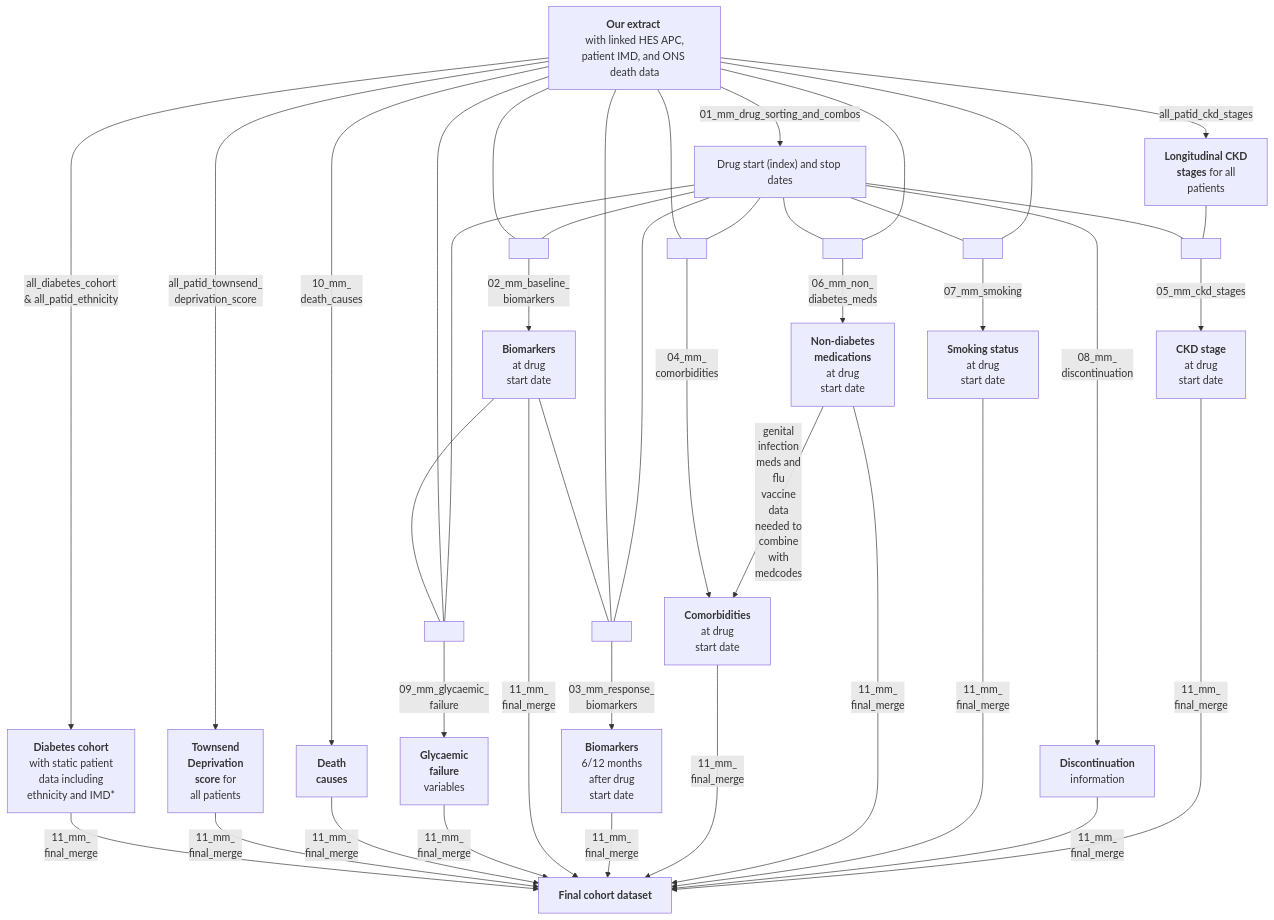
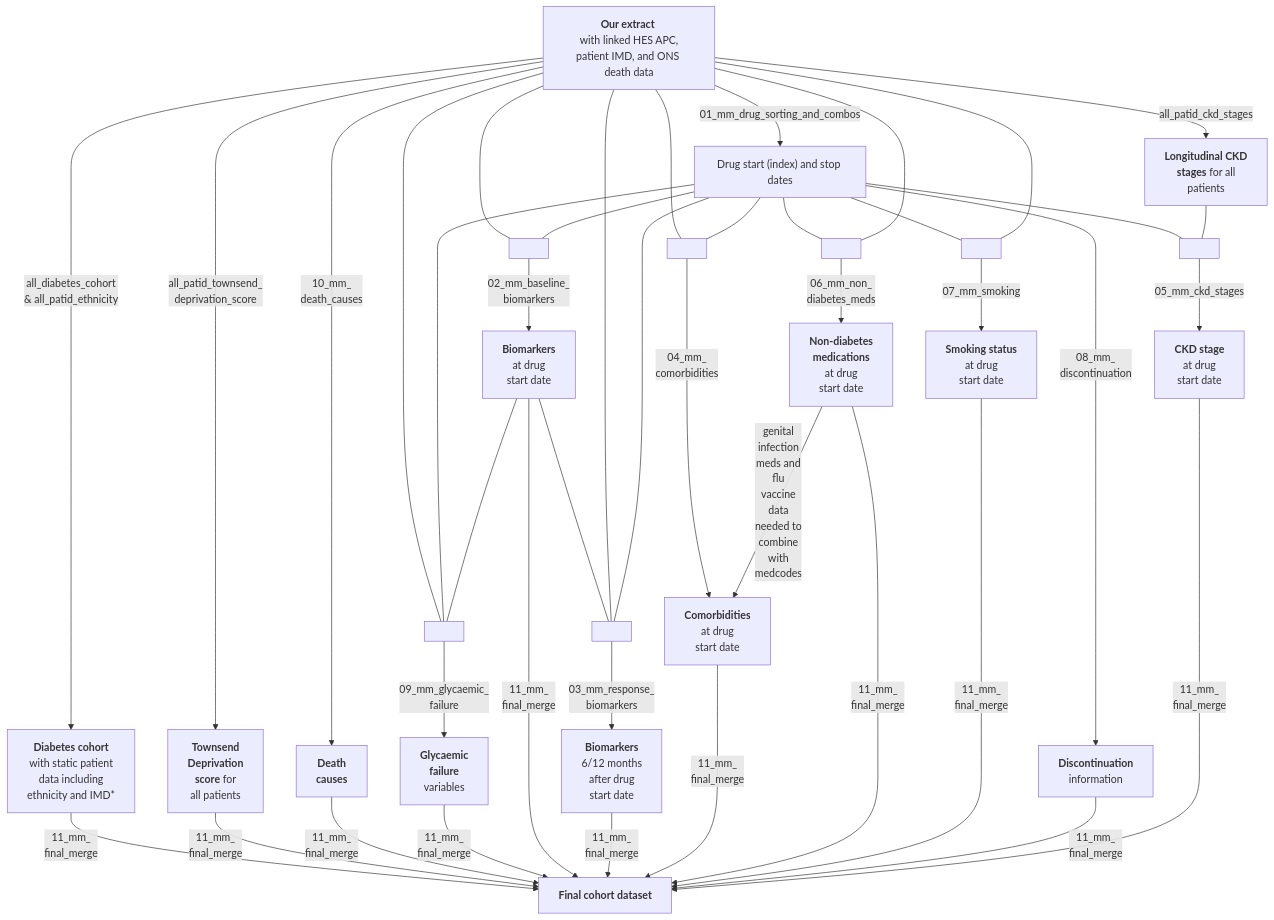
The diagram in 03-Treatment-response-(MASTERMIND)/README.md (Exeter-Diabetes/CPRD-Cohort-scripts), drawn with Mermaid before and after one commit.

````diff
--- a/03-Treatment-response-(MASTERMIND)/README.md
+++ b/03-Treatment-response-(MASTERMIND)/README.md
@@ -13,55 +13,55 @@
 ```mermaid
 graph TD;
     A["<b>Our extract</b> <br> with linked HES APC, patient IMD, and ONS death data"] --> |"all_diabetes_cohort <br> & all_patid_ethnicity"|B["<b>Diabetes cohort<br></b> with static patient <br>data including <br>ethnicity and IMD*"]
     A-->|"all_patid_townsend_<br>deprivation_score"|N["<b>Townsend<br> Deprivation<br>score</b> for<br> all patients"]
     A-->|"10_mm_<br>death_causes"|O["<b>Death<br>causes</b>"]
     A-->|"01_mm_drug_sorting_and_combos"|H["Drug start (index) and stop dates"]
 
-    E---P[ ]:::empty
-    A---P
+    A---P[ ]:::empty
     H---P
+    E---P
     P-->|"09_mm_glycaemic_<br>failure"|Q["<b>Glycaemic<br>failure</b><br>variables"]
 
     A---Y[ ]:::empty
     H---Y
     Y-->|"02_mm_baseline_<br>biomarkers"|E["<b>Biomarkers</b> <br> at drug <br> start date"]
 
     E---T[ ]:::empty
     A---T
     H---T
     T-->|"03_mm_response_<br>biomarkers"|L["<b>Biomarkers</b> <br> 6/12 months <br> after drug <br>start date"]
     
     A---W[ ]:::empty
     H---W
     W-->|"04_mm_<br>comorbidities"|F["<b>Comorbidities</b> <br> at drug <br> start date"]
     
     H---U[ ]:::empty
     A---U
     U-->|"06_mm_non_<br>diabetes_meds"|M["<b>Non-diabetes <br>medications</b> <br> at drug <br> start date"]
     
     M-->|"genital<br>infection<br>meds and<br>flu<br>vaccine<br>data<br>needed to<br>combine<br>with<br>medcodes"|F
     
     H---X[ ]:::empty
     A---X
     X-->|"07_mm_smoking"|G["<b>Smoking status</b> <br> at drug <br> start date"]
     
     H-->|"08_mm_<br>discontinuation"|V["<b>Discontinuation</b><br> information"]
     
     A-->|"all_patid_ckd_stages"|C["<b>Longitudinal CKD <br> stages</b> for all <br> patients"]
     H---Z[ ]:::empty
     C---Z
     Z-->|"05_mm_ckd_stages"|I["<b>CKD stage </b> <br> at drug <br> start date"]
     
     
     B-->|"11_mm_<br>final_merge"|J["<b>Final cohort dataset</b>"]
     N-->|"11_mm_<br>final_merge"|J
     O-->|"11_mm_<br>final_merge"|J
     Q-->|"11_mm_<br>final_merge"|J
     E-->|"11_mm_<br>final_merge"|J
     L-->|"11_mm_<br>final_merge"|J
     F-->|"11_mm_<br>final_merge"|J
     M-->|"11_mm_<br>final_merge"|J  
     G-->|"11_mm_<br>final_merge"|J
     V-->|"11_mm_<br>final_merge"|J
     I-->|"11_mm_<br>final_merge"|J  
 ```
````
